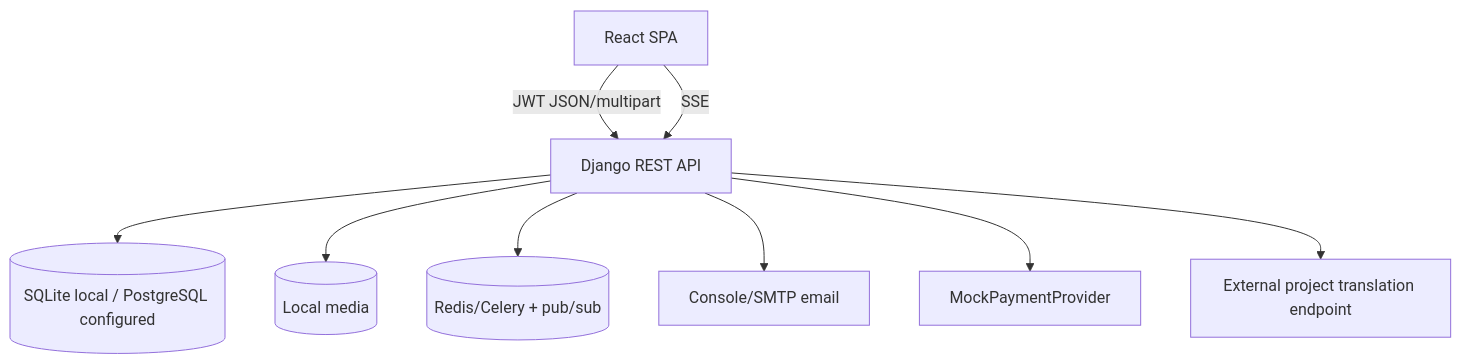
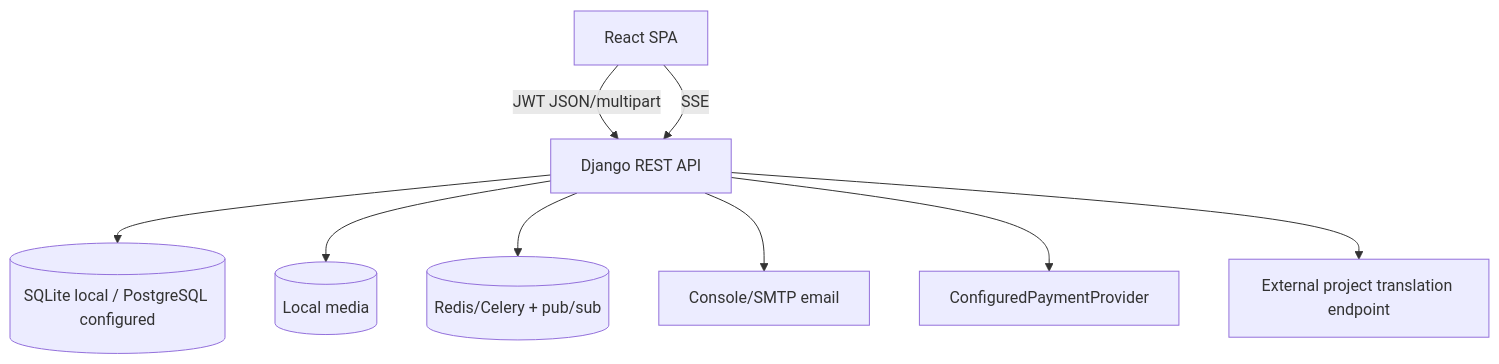
One commit to AdnanQasem/Sahmi changed the first of 5 diagrams in documentation_evidence/sahmi-current-evidence-2026-08-14/SAHMI_CURRENT_IMPLEMENTATION_HANDOFF.md. Above: the diagram before and after it, drawn with Mermaid. The commit also changed other lines of this file and 278 other files, not shown here.

````diff
--- a/documentation_evidence/sahmi-current-evidence-2026-08-14/SAHMI_CURRENT_IMPLEMENTATION_HANDOFF.md
+++ b/documentation_evidence/sahmi-current-evidence-2026-08-14/SAHMI_CURRENT_IMPLEMENTATION_HANDOFF.md
@@ -75,11 +77,11 @@
 ```mermaid
 flowchart TB
   Browser[React SPA] -->|JWT JSON/multipart| API[Django REST API]
   Browser -->|SSE| API
   API --> DB[(SQLite local / PostgreSQL configured)]
   API --> Media[(Local media)]
   API --> Redis[(Redis/Celery + pub/sub)]
   API --> Email[Console/SMTP email]
-  API --> Mock[MockPaymentProvider]
+  API --> Fixture[ConfiguredPaymentProvider]
   API --> Translation[External project translation endpoint]
 ```
````
